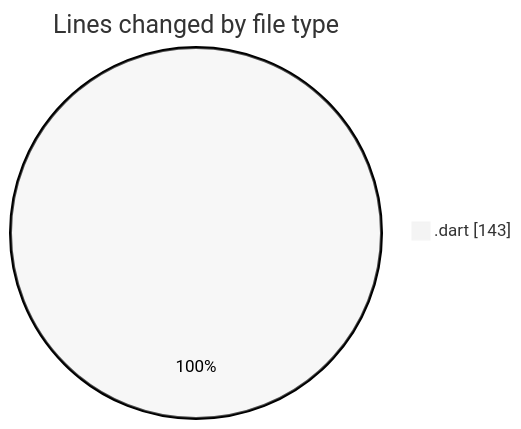
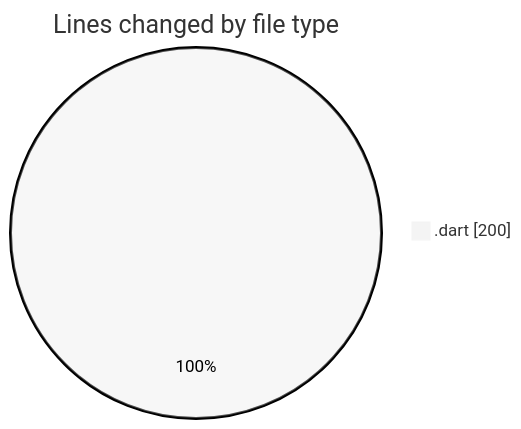
Before and after one commit to donsfak/code-tracking: the first of 2 diagrams in 2025-01-24/trackers_app/README.md, drawn with Mermaid (neutral theme). The commit also changed other lines of this file and 1 other file, not shown here.

````diff
--- a/2025-01-24/trackers_app/README.md
+++ b/2025-01-24/trackers_app/README.md
@@ -21,5 +21,5 @@
 ```mermaid
 pie showData
 title Lines changed by file type
-".dart" : 143
+".dart" : 200
 ```
````
